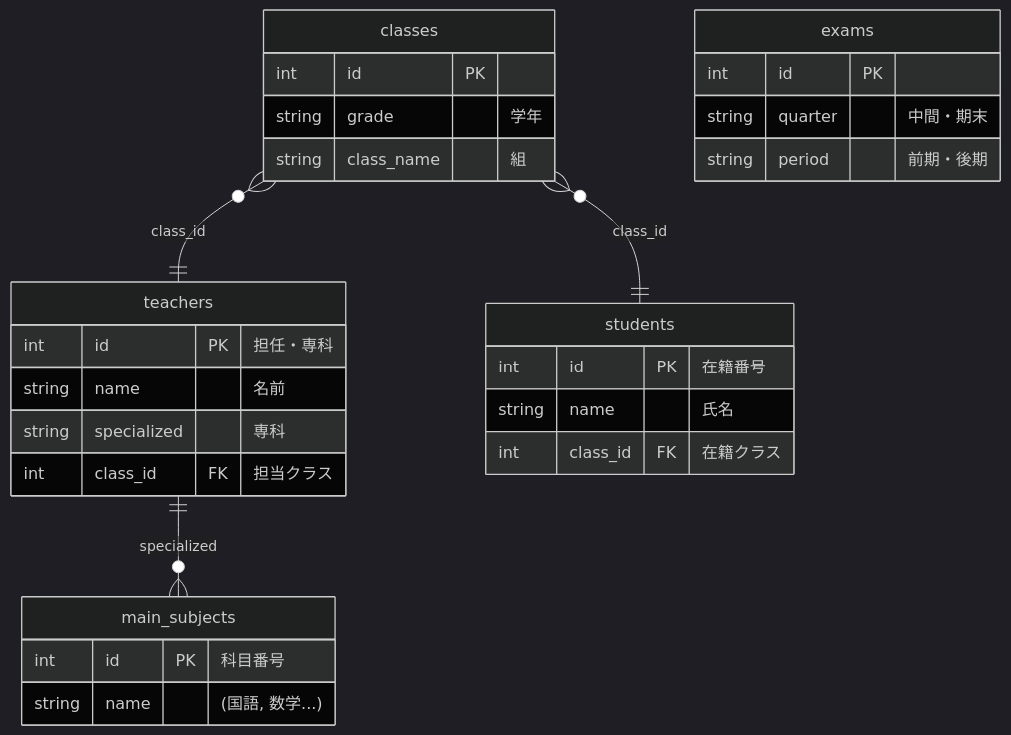
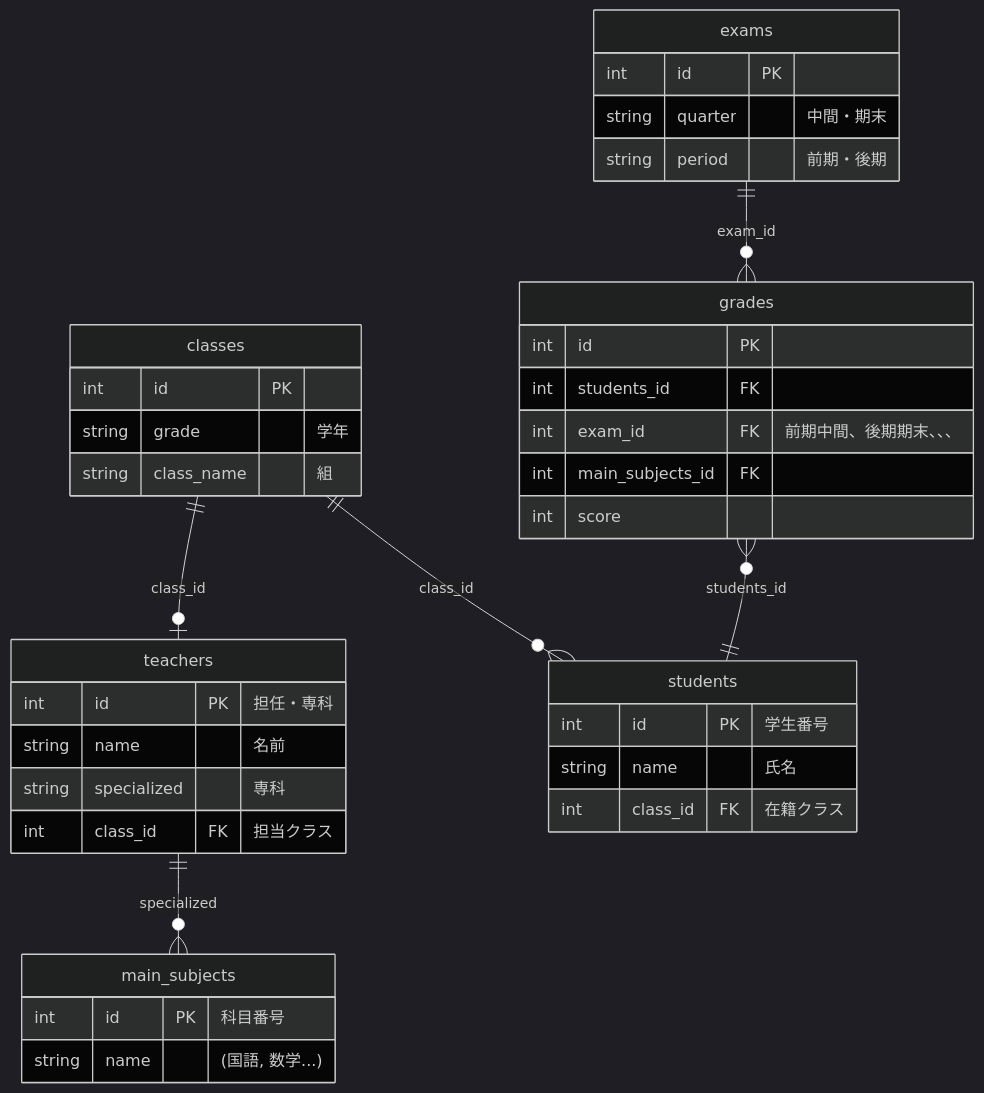
Before and after one commit to linuxfirstMint/your-school: the diagram in grade-management/doc/er_design.mmd, drawn with Mermaid (dark theme).

Commit message:
doc: gradesエンティティ追加とリレーション方向を整理
- gradesテーブルを追加（students/exams/main_subjectsと紐づく）
- exams ||--o{ grades のリレーションを追加
- classes側のリレーション方向を修正（classes ||--o{ students/teachers）
- exam_idでquarter/periodを統合
- Mermaid記法の凡例コメントを追加

```diff
--- a/grade-management/doc/er_design.mmd
+++ b/grade-management/doc/er_design.mmd
@@ -1,36 +1,51 @@
 erDiagram
     teachers ||--o{ main_subjects : "specialized"
-    classes }o--|| teachers : "class_id"
-    classes }o--|| students : "class_id" 
+    classes ||--o{ students : "class_id"
+    classes ||--o| teachers : "class_id"
+    grades }o--|| students: "students_id"
+    exams ||--o{ grades : "exam_id"
+
+%% ||--o{ : 「1対多」
+%% || (左側) : 1側。片側が必ず1つであることを示します（必須）。
+%% o{ (右側) : 多側。0個以上（Zero or Many）であることを示します。
+%% ||--|{ : 1対多かつ、「多側」が1つ以上（One or Many）。 
 
     teachers {
         int id PK "担任・専科"
         string name "名前"
         string specialized "専科"
         int class_id FK "担当クラス"
     }
 
      
     classes {
         int id PK 
         string grade "学年"
         string class_name "組"
     }
 
     students {
-        int id PK "在籍番号"
-    %% TODO プロトタイプ仕様書にある、year,class,numberが抜けている
+        int id PK "学生番号"
         string name "氏名"
         int class_id FK "在籍クラス"
     }
 
     main_subjects {
         int id PK "科目番号"
         string name "(国語, 数学...)"
     }
 
+
     exams {
         int id PK
         string quarter "中間・期末"
         string period "前期・後期"
     }
+
+    grades {
+        int id PK
+        int students_id FK 
+        int exam_id FK "前期中間、後期期末、、、"
+        int main_subjects_id FK
+        int score 
+    }
```
